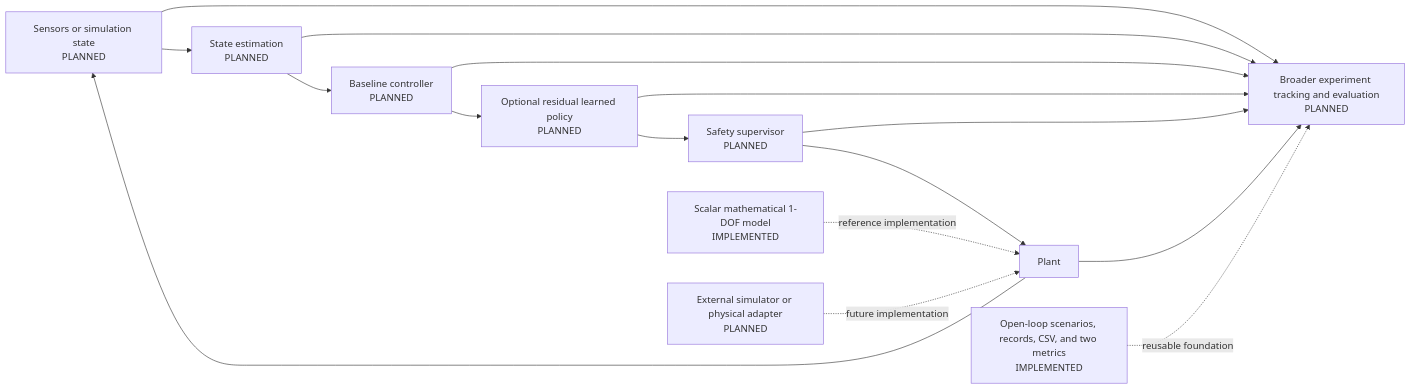
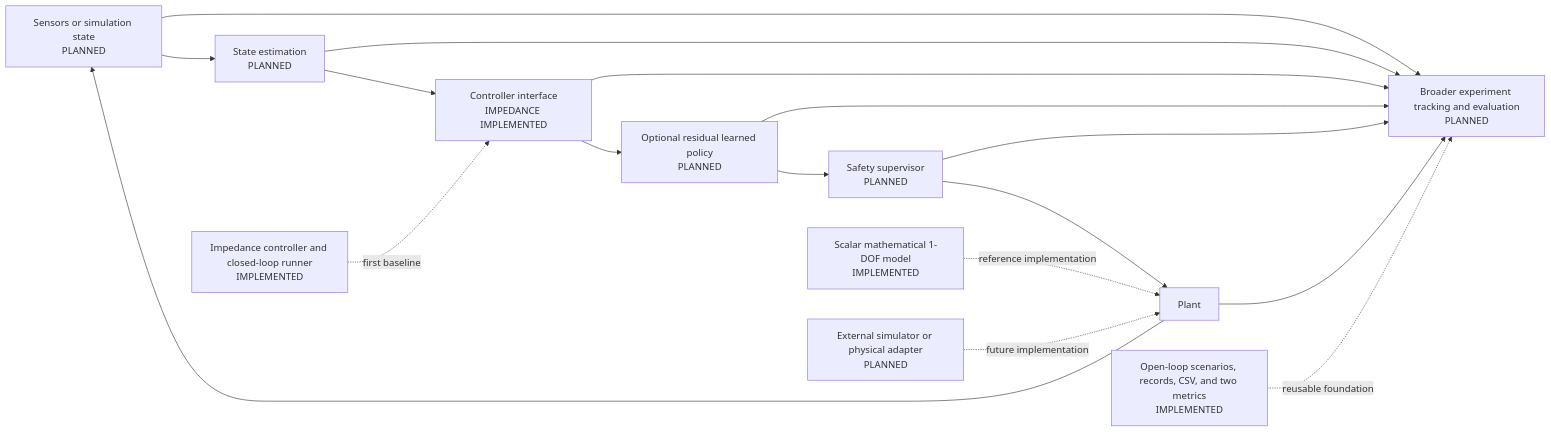
One commit to LeMonsieurPompidou/adaptive-assist changed the second of 2 diagrams in docs/developer_guide.md. Above: the diagram before and after it, drawn with Mermaid. The commit also changed other lines of this file and 28 other files, not shown here.

Commit message:
feat: add impedance control baseline

````diff
--- a/docs/developer_guide.md
+++ b/docs/developer_guide.md
@@ -273,21 +349,22 @@
 ```mermaid
 flowchart LR
     A[Sensors or simulation state<br/>PLANNED] --> B[State estimation<br/>PLANNED]
-    B --> C[Baseline controller<br/>PLANNED]
+    B --> C[Controller interface<br/>IMPEDANCE IMPLEMENTED]
     C --> D[Optional residual learned policy<br/>PLANNED]
     D --> E[Safety supervisor<br/>PLANNED]
     E --> F[Plant]
     F --> A
 
     F1[Scalar mathematical 1-DOF model<br/>IMPLEMENTED] -. reference implementation .-> F
     F2[External simulator or physical adapter<br/>PLANNED] -. future implementation .-> F
 
     A --> G[Broader experiment tracking and evaluation<br/>PLANNED]
     B --> G
     C --> G
     D --> G
     E --> G
     F --> G
 
     H[Open-loop scenarios, records, CSV, and two metrics<br/>IMPLEMENTED] -. reusable foundation .-> G
+    I[Impedance controller and closed-loop runner<br/>IMPLEMENTED] -. first baseline .-> C
 ```
````
